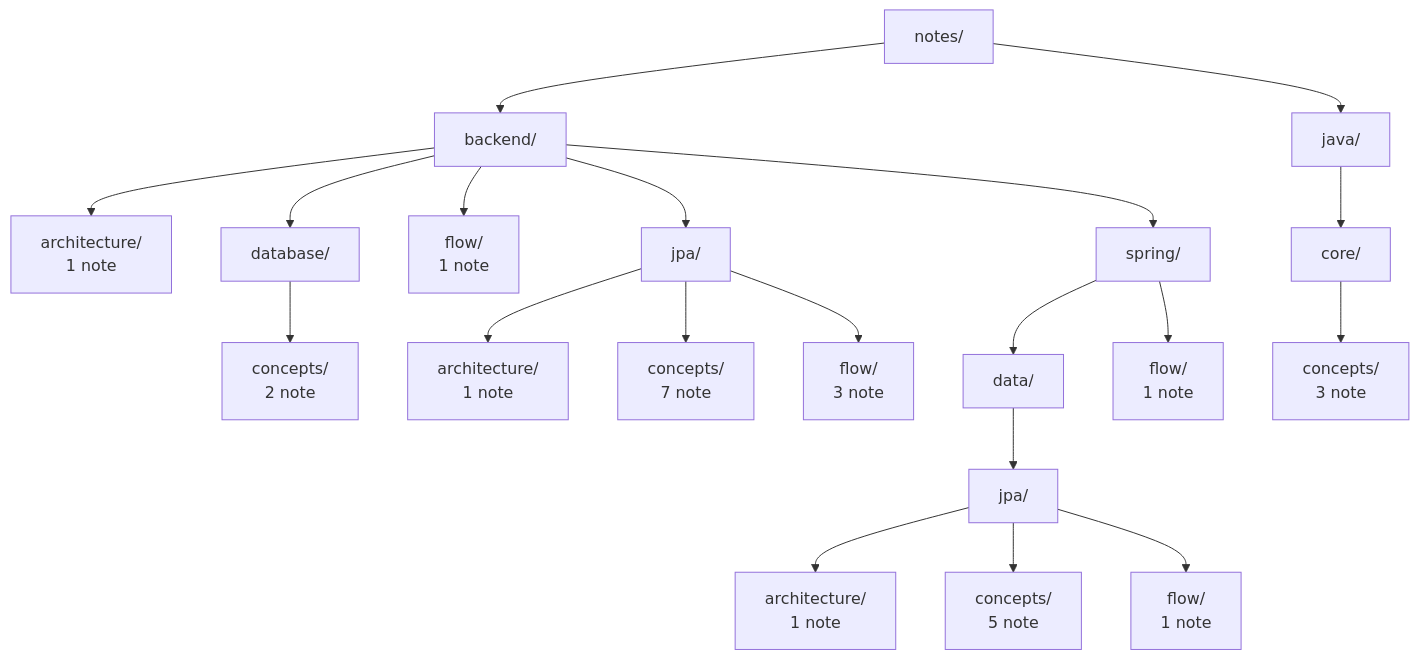
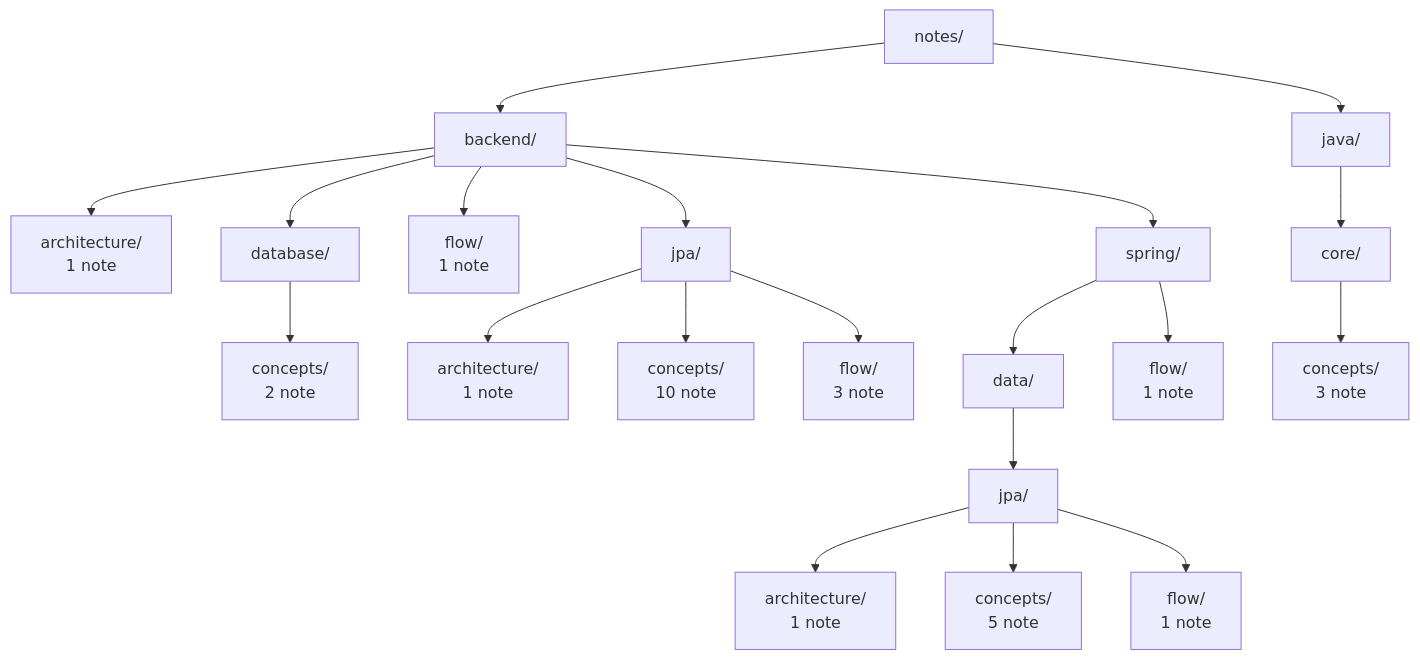
One commit to Pizza-Mozzarella/self-learning changed the diagram in notes/README.md. Above: the diagram before and after it, drawn with Mermaid. The commit also changed 18 other files, not shown here.

````diff
--- a/notes/README.md
+++ b/notes/README.md
@@ -6,42 +6,42 @@
 ```mermaid
 flowchart TD
     d0["notes/"]
     d1["backend/"]
     d0 --> d1
     d2["architecture/<br/>1 note"]
     d1 --> d2
     d3["database/"]
     d1 --> d3
     d4["concepts/<br/>2 note"]
     d3 --> d4
     d5["flow/<br/>1 note"]
     d1 --> d5
     d6["jpa/"]
     d1 --> d6
     d7["architecture/<br/>1 note"]
     d6 --> d7
-    d8["concepts/<br/>7 note"]
+    d8["concepts/<br/>10 note"]
     d6 --> d8
     d9["flow/<br/>3 note"]
     d6 --> d9
     d10["spring/"]
     d1 --> d10
     d11["data/"]
     d10 --> d11
     d12["jpa/"]
     d11 --> d12
     d13["architecture/<br/>1 note"]
     d12 --> d13
     d14["concepts/<br/>5 note"]
     d12 --> d14
     d15["flow/<br/>1 note"]
     d12 --> d15
     d16["flow/<br/>1 note"]
     d10 --> d16
     d17["java/"]
     d0 --> d17
     d18["core/"]
     d17 --> d18
     d19["concepts/<br/>3 note"]
     d18 --> d19
 ```
````
